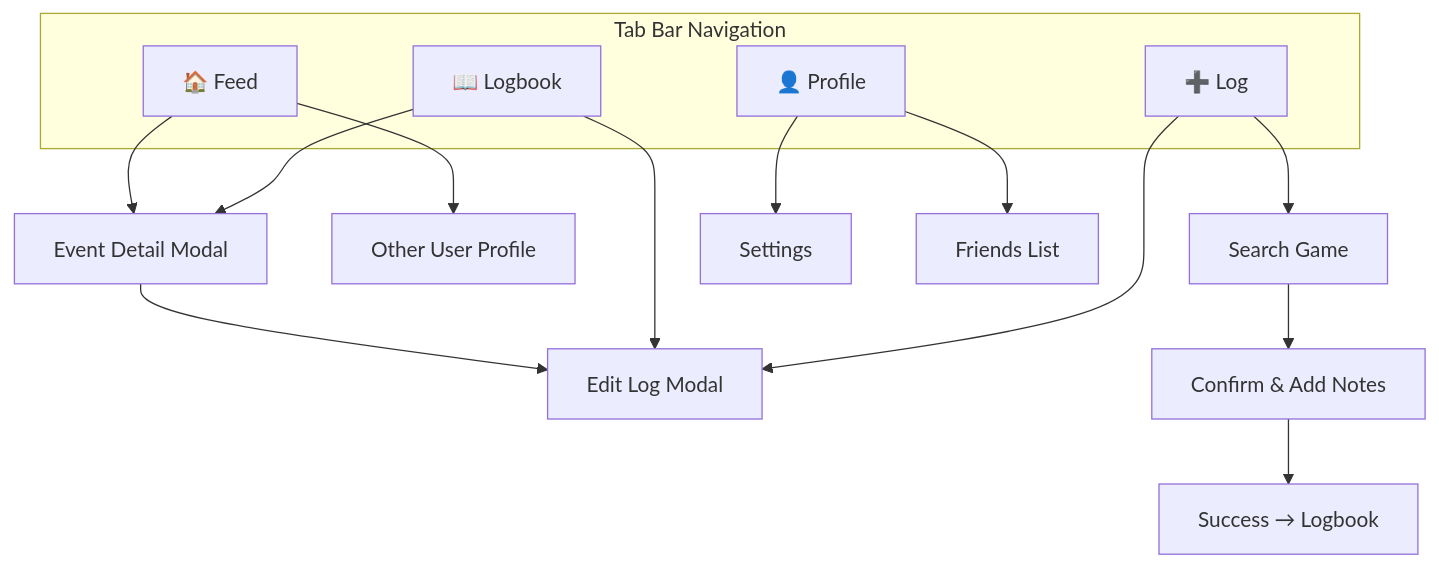
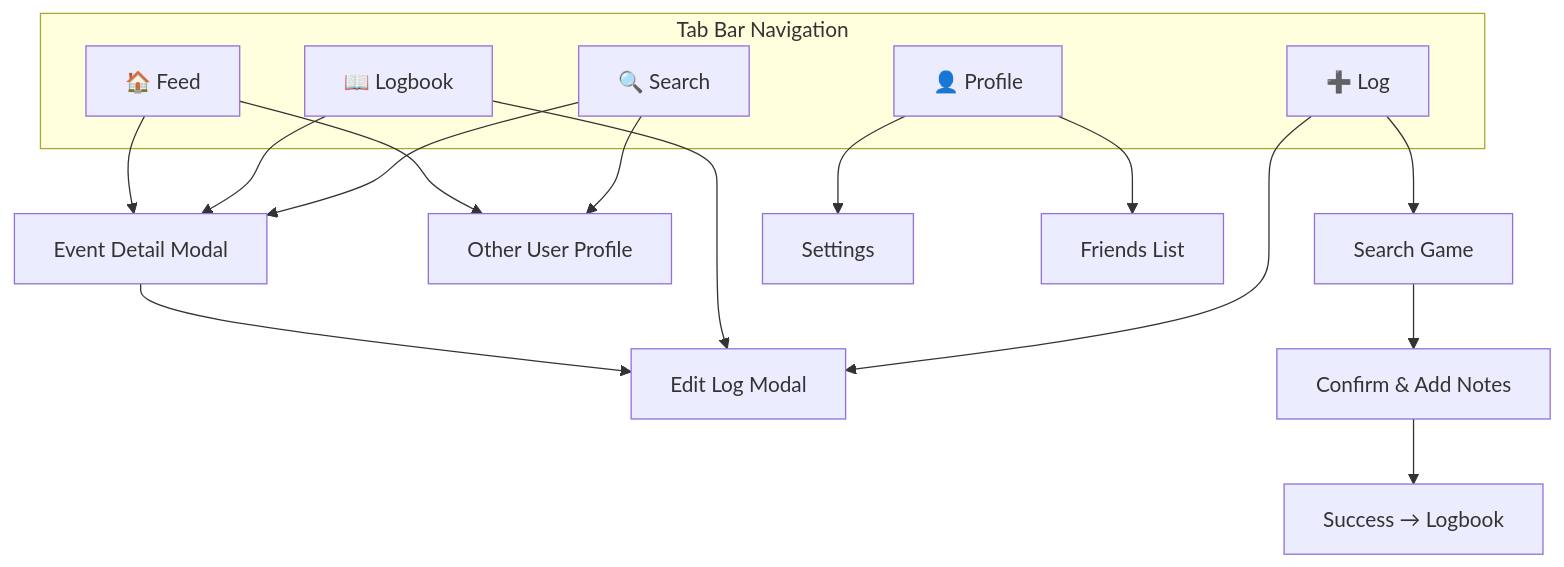
Before and after one commit to jonahr4/LogIt: the first of 3 diagrams in docs/UI_AND_FLOWS.md, drawn with Mermaid. The commit also changed other lines of this file and 4 other files, not shown here.

Commit message:
feat: add search and explore tab with filtering and event discovery functionality

````diff
--- a/docs/UI_AND_FLOWS.md
+++ b/docs/UI_AND_FLOWS.md
@@ -8,21 +8,24 @@
 ```mermaid
 graph TB
     subgraph Tabs["Tab Bar Navigation"]
         Feed["🏠 Feed"]
         Logbook["📖 Logbook"]
         AddLog["➕ Log"]
+        Search["🔍 Search"]
         Profile["👤 Profile"]
     end
 
     Feed --> EventDetail["Event Detail Modal"]
     Feed --> UserProfile["Other User Profile"]
     EventDetail --> EditLogModal["Edit Log Modal"]
     Logbook --> EventDetail
     Logbook --> EditLogModal
     AddLog --> EditLogModal
     AddLog --> SearchGame["Search Game"]
+    Search --> EventDetail
+    Search --> UserProfile
     SearchGame --> ConfirmLog["Confirm & Add Notes"]
     ConfirmLog --> LogSuccess["Success → Logbook"]
     Profile --> Settings["Settings"]
     Profile --> FriendsList["Friends List"]
 ```
````
